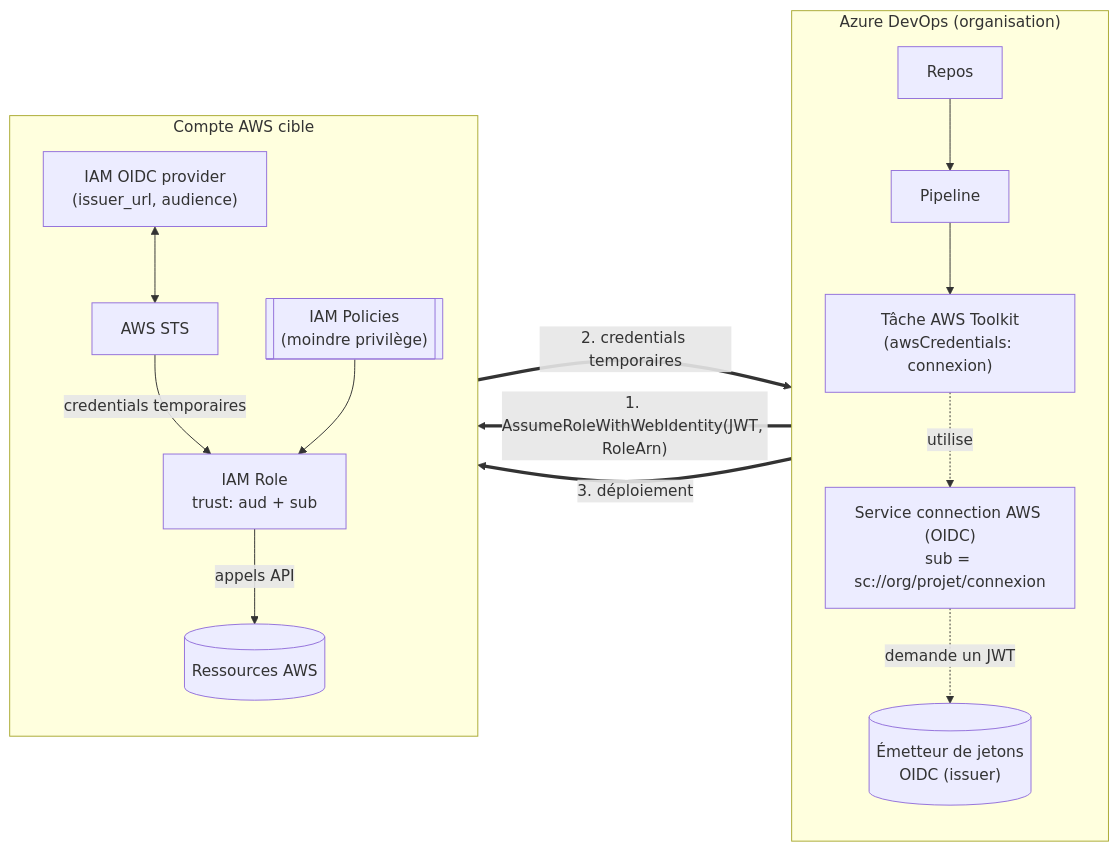
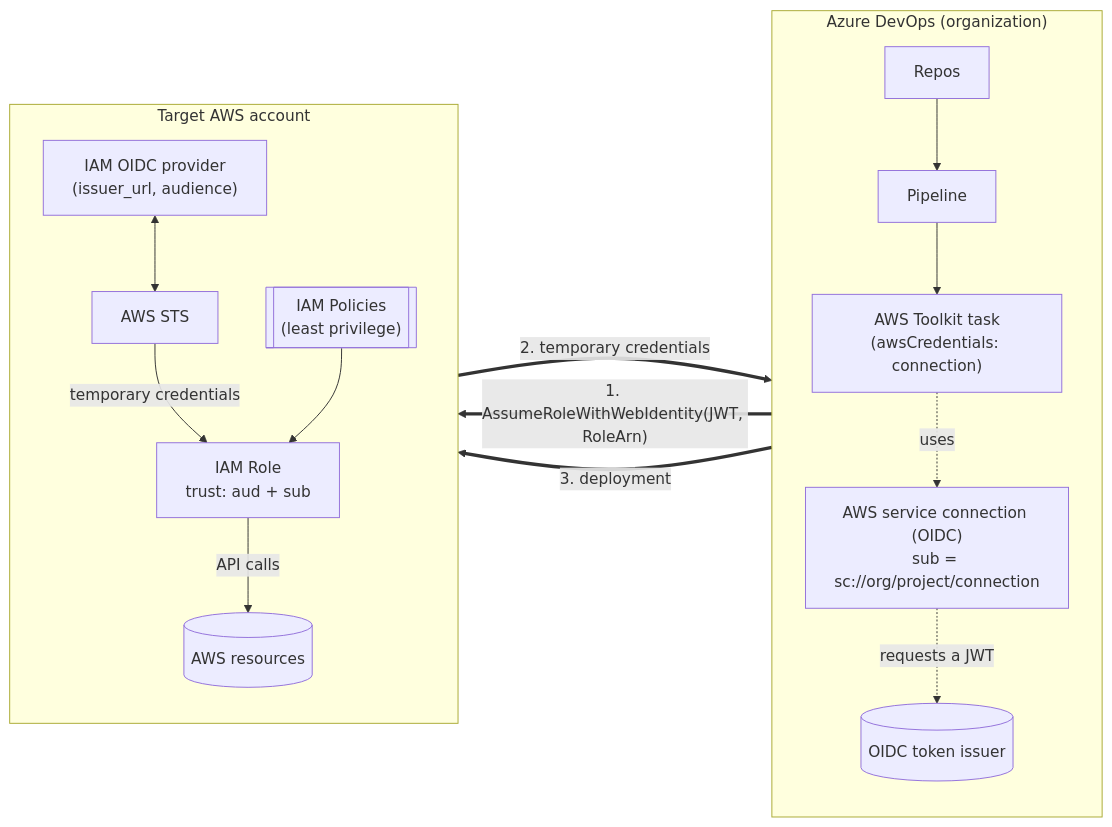
Before and after one commit to galiceau/azdo-aws-oidc: the first of 3 diagrams in docs/architecture.md, drawn with Mermaid. The commit also changed other lines of this file, not shown here.

Commit message:
docs: translate architecture diagrams to English

````diff
--- a/docs/architecture.md
+++ b/docs/architecture.md
@@ -7,29 +7,29 @@
 ```mermaid
 flowchart LR
-    subgraph ADO["Azure DevOps (organisation)"]
+    subgraph ADO["Azure DevOps (organization)"]
         direction TB
         REPO[Repos] --> PIPE[Pipeline]
-        PIPE --> TASK["Tâche AWS Toolkit<br/>(awsCredentials: connexion)"]
-        SC["Service connection AWS (OIDC)<br/>sub = sc://org/projet/connexion"]
-        TASK -. utilise .-> SC
-        IDP[("Émetteur de jetons<br/>OIDC (issuer)")]
-        SC -. demande un JWT .-> IDP
+        PIPE --> TASK["AWS Toolkit task<br/>(awsCredentials: connection)"]
+        SC["AWS service connection (OIDC)<br/>sub = sc://org/project/connection"]
+        TASK -. uses .-> SC
+        IDP[("OIDC token issuer")]
+        SC -. requests a JWT .-> IDP
     end
 
-    subgraph AWS["Compte AWS cible"]
+    subgraph AWS["Target AWS account"]
         direction TB
         OIDC["IAM OIDC provider<br/>(issuer_url, audience)"]
         STS[AWS STS]
         ROLE["IAM Role<br/>trust: aud + sub"]
-        POL[["IAM Policies<br/>(moindre privilège)"]]
-        RES[(Ressources AWS)]
+        POL[["IAM Policies<br/>(least privilege)"]]
+        RES[(AWS resources)]
         OIDC <--> STS
-        STS -->|credentials temporaires| ROLE
+        STS -->|temporary credentials| ROLE
         POL --> ROLE
-        ROLE -->|appels API| RES
+        ROLE -->|API calls| RES
     end
 
     SC == "1. AssumeRoleWithWebIdentity(JWT, RoleArn)" ==> STS
-    STS == "2. credentials temporaires" ==> TASK
-    TASK == "3. déploiement" ==> RES
+    STS == "2. temporary credentials" ==> TASK
+    TASK == "3. deployment" ==> RES
 ```
````
